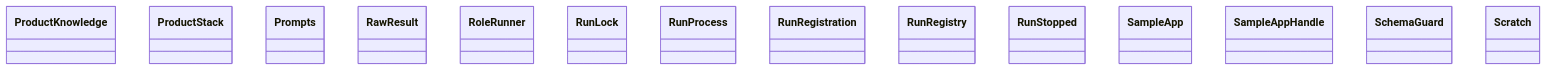
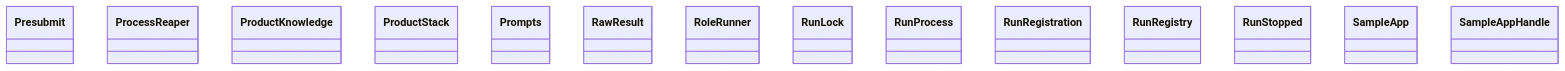
One commit to GonzaloZevallos/agentic-system changed the diagram in docs/architecture/generated/classes-process-application-support-4.md. Above: the diagram before and after it, drawn with Mermaid. The commit also changed other lines of this file and 23 other files, not shown here.

````diff
--- a/docs/architecture/generated/classes-process-application-support-4.md
+++ b/docs/architecture/generated/classes-process-application-support-4.md
@@ -16,17 +16,17 @@
 ```mermaid
 classDiagram
+    class ports__Presubmit["Presubmit"]
+    class ports__ProcessReaper["ProcessReaper"]
     class ports__ProductKnowledge["ProductKnowledge"]
     class ports__ProductStack["ProductStack"]
     class ports__Prompts["Prompts"]
     class ports__RawResult["RawResult"]
     class ports__RoleRunner["RoleRunner"]
     class ports__RunLock["RunLock"]
     class ports__RunProcess["RunProcess"]
     class ports__RunRegistration["RunRegistration"]
     class ports__RunRegistry["RunRegistry"]
     class ports__RunStopped["RunStopped"]
     class ports__SampleApp["SampleApp"]
     class ports__SampleAppHandle["SampleAppHandle"]
-    class ports__SchemaGuard["SchemaGuard"]
-    class ports__Scratch["Scratch"]
 ```
````
